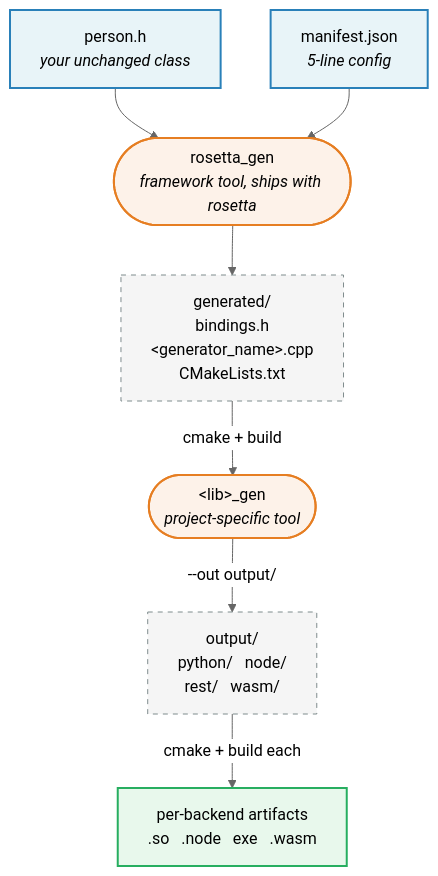
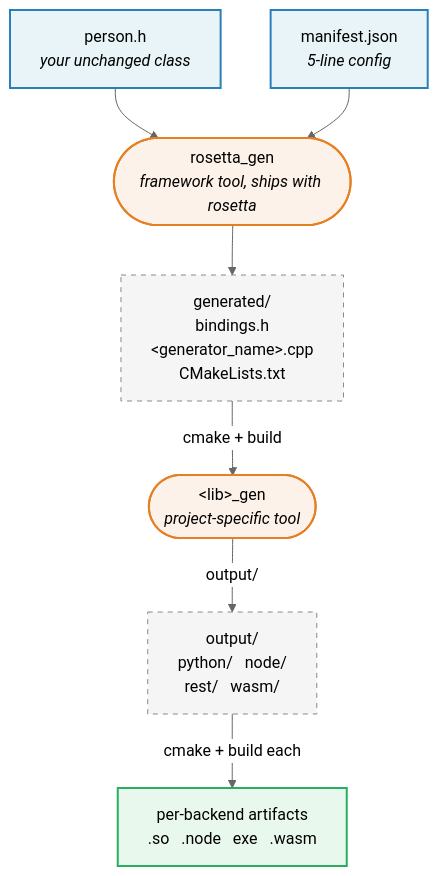
One commit to xaliphostes/rosetta changed the diagram in docs/QUICKSTART.md. Above: the diagram before and after it, drawn with Mermaid (neutral theme). The commit also changed other lines of this file and 28 other files, not shown here.

````diff
--- a/docs/QUICKSTART.md
+++ b/docs/QUICKSTART.md
@@ -11,23 +11,23 @@
 ```mermaid
 flowchart TD
     H["person.h<br/><i>your unchanged class</i>"]:::user
     M["manifest.json<br/><i>5-line config</i>"]:::user
 
     H --> R
     M --> R
 
     R(["rosetta_gen<br/><i>framework tool, ships with rosetta</i>"]):::tool
 
     R --> G["generated/<br/>bindings.h<br/>&lt;generator_name&gt;.cpp<br/>CMakeLists.txt"]:::gen
 
     G -->|"cmake + build"| L(["&lt;lib&gt;_gen<br/><i>project-specific tool</i>"]):::tool
 
-    L -->|"--out output/"| O["output/<br/>python/ &nbsp; node/<br/>rest/ &nbsp; wasm/"]:::gen
+    L -->|"output/"| O["output/<br/>python/ &nbsp; node/<br/>rest/ &nbsp; wasm/"]:::gen
 
     O -->|"cmake + build each"| F["per-backend artifacts<br/>.so &nbsp; .node &nbsp; exe &nbsp; .wasm"]:::final
 
     classDef user  fill:#e8f4f8,stroke:#2980b9,stroke-width:2px
     classDef tool  fill:#fdf2e9,stroke:#e67e22,stroke-width:2px
     classDef gen   fill:#f5f5f5,stroke:#7f8c8d,stroke-dasharray:5 5
     classDef final fill:#e8f8ec,stroke:#27ae60,stroke-width:2px
 ```
````
